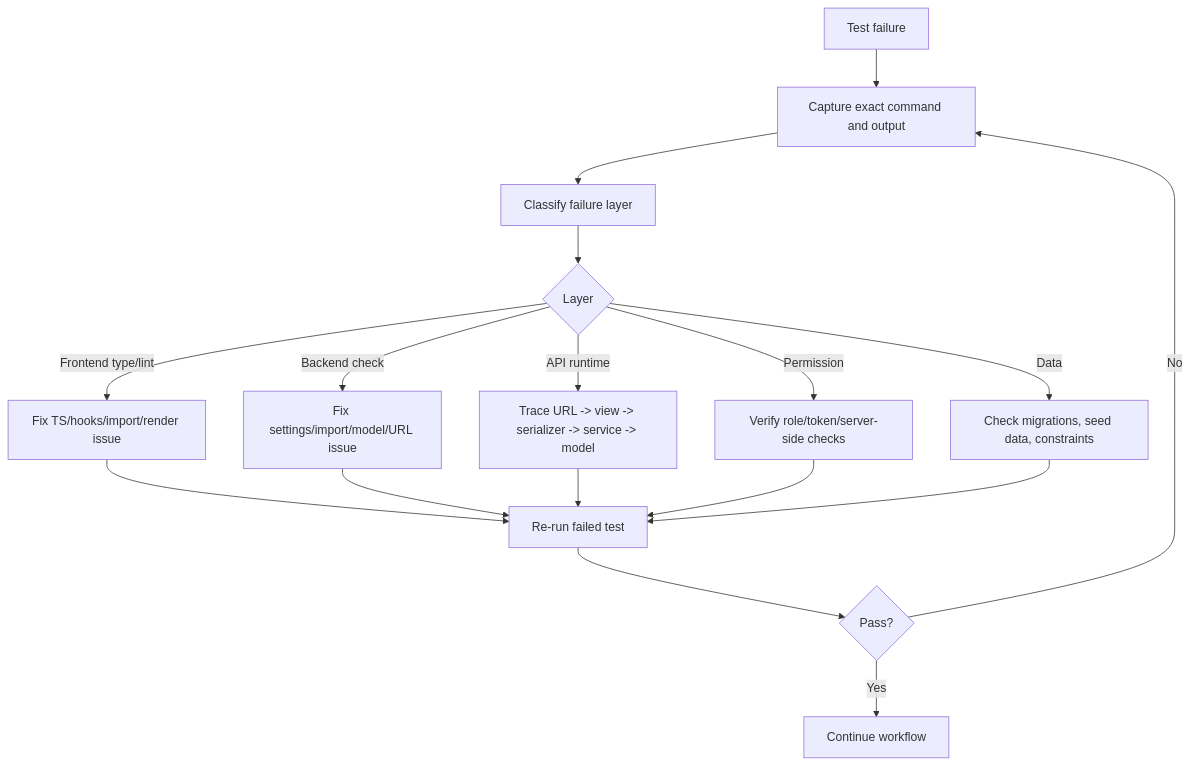
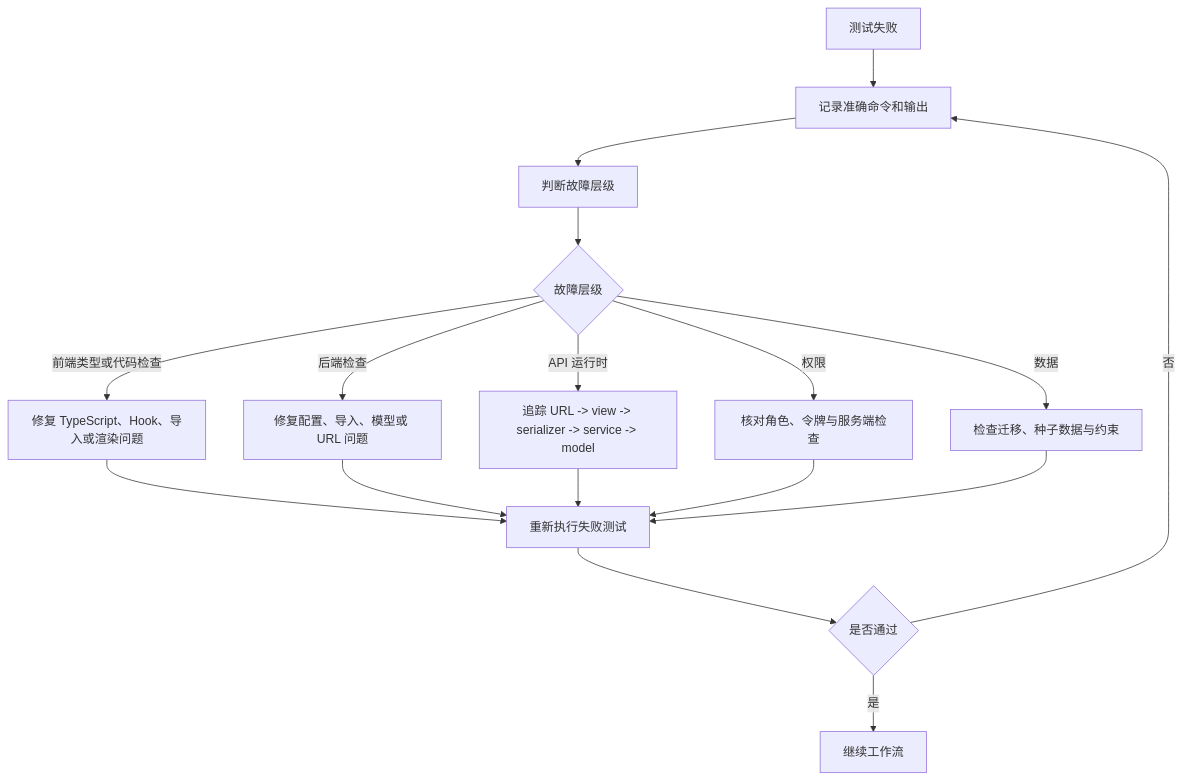
One commit to x-t001/sunshine-reading changed the second of 2 diagrams in docs/spec-coding/07-auto-iteration-workflow-plan.md. Above: the diagram before and after it, drawn with Mermaid. The commit also changed other lines of this file and 34 other files, not shown here.

````diff
--- a/docs/spec-coding/07-auto-iteration-workflow-plan.md
+++ b/docs/spec-coding/07-auto-iteration-workflow-plan.md
@@ -142,19 +153,19 @@
 ```mermaid
 flowchart TD
-  A[Test failure] --> B[Capture exact command and output]
-  B --> C[Classify failure layer]
-  C --> D{Layer}
-  D -- Frontend type/lint --> E[Fix TS/hooks/import/render issue]
-  D -- Backend check --> F[Fix settings/import/model/URL issue]
-  D -- API runtime --> G[Trace URL -> view -> serializer -> service -> model]
-  D -- Permission --> H[Verify role/token/server-side checks]
-  D -- Data --> I[Check migrations, seed data, constraints]
-  E --> J[Re-run failed test]
+  A[测试失败] --> B[记录准确命令和输出]
+  B --> C[判断故障层级]
+  C --> D{故障层级}
+  D -- 前端类型或代码检查 --> E[修复 TypeScript、Hook、导入或渲染问题]
+  D -- 后端检查 --> F[修复配置、导入、模型或 URL 问题]
+  D -- API 运行时 --> G[追踪 URL -> view -> serializer -> service -> model]
+  D -- 权限 --> H[核对角色、令牌与服务端检查]
+  D -- 数据 --> I[检查迁移、种子数据与约束]
+  E --> J[重新执行失败测试]
   F --> J
   G --> J
   H --> J
   I --> J
-  J --> K{Pass?}
-  K -- No --> B
-  K -- Yes --> L[Continue workflow]
+  J --> K{是否通过}
+  K -- 否 --> B
+  K -- 是 --> L[继续工作流]
 ```
````
